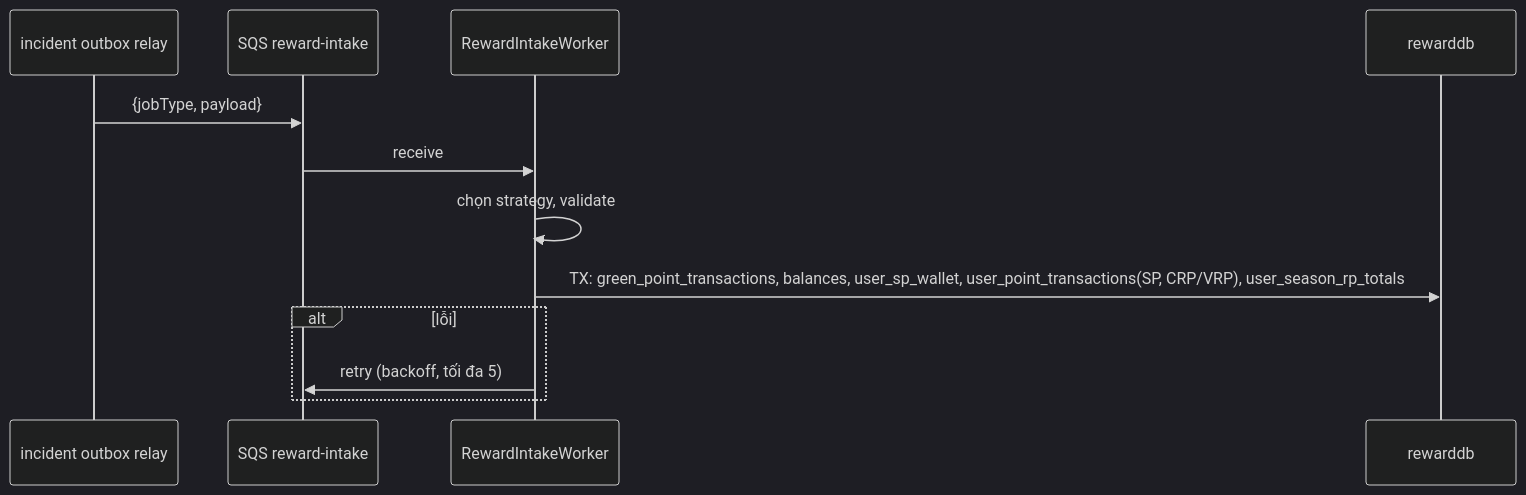
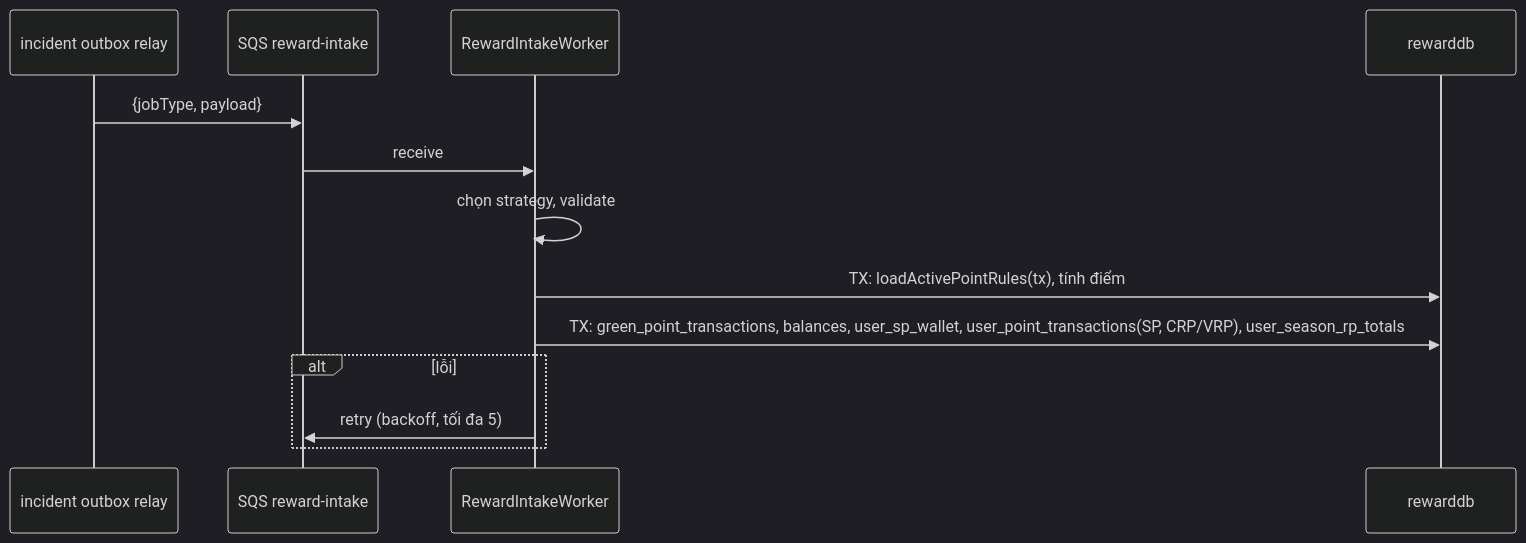
Before and after one commit to DOAN2-UQT-KN/ecolink-docs: diagram 25 of 30 in 02-business-flows.md, drawn with Mermaid (dark theme). The commit also changed other lines of this file and 12 other files, not shown here.

Commit message:
docs: green points earning via point rules, remove campaign difficulty

````diff
--- a/02-business-flows.md
+++ b/02-business-flows.md
@@ -1099,14 +1101,15 @@
 ```mermaid
 sequenceDiagram
   participant INC as incident outbox relay
   participant Q as SQS reward-intake
   participant W as RewardIntakeWorker
   participant DB as rewarddb
   INC->>Q: {jobType, payload}
   Q->>W: receive
   W->>W: chọn strategy, validate
+  W->>DB: TX: loadActivePointRules(tx), tính điểm
   W->>DB: TX: green_point_transactions, balances, user_sp_wallet, user_point_transactions(SP, CRP/VRP), user_season_rp_totals
   alt lỗi
     W->>Q: retry (backoff, tối đa 5)
   end
 ```
````
